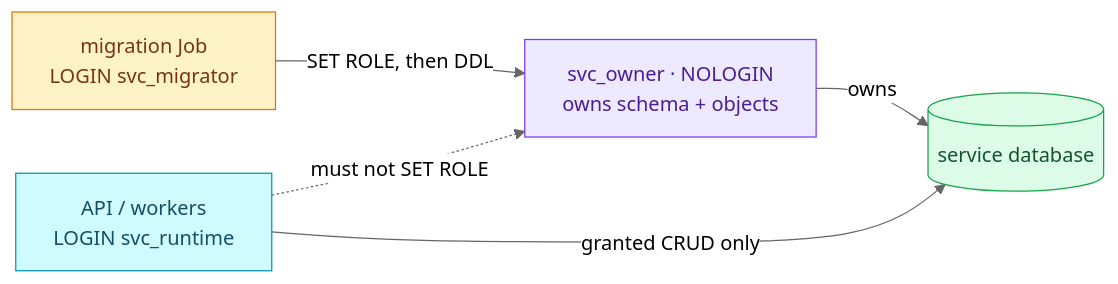
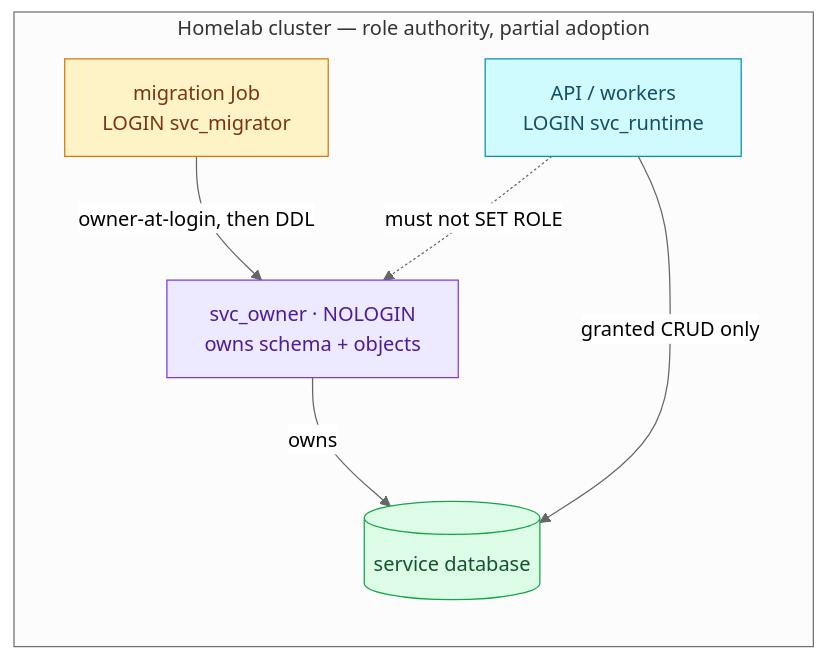
Before and after one commit to duynhlab/homelab: the diagram in docs/proposals/adr/ADR-084-split-service-database-roles/README.md, drawn with Mermaid (neutral theme). The commit also changed other lines of this file and 9 other files, not shown here.

````diff
--- a/docs/proposals/adr/ADR-084-split-service-database-roles/README.md
+++ b/docs/proposals/adr/ADR-084-split-service-database-roles/README.md
@@ -106,17 +116,19 @@
 ```mermaid
 flowchart LR
+    subgraph cluster["Homelab cluster — role authority, partial adoption"]
     job["migration Job<br/>LOGIN svc_migrator"]:::worker
     api["API / workers<br/>LOGIN svc_runtime"]:::service
     owner["svc_owner · NOLOGIN<br/>owns schema + objects"]:::platform
     db[("service database")]:::data
 
-    job -->|"SET ROLE, then DDL"| owner
+    job -->|"owner-at-login, then DDL"| owner
     owner -->|"owns"| db
     api -->|"granted CRUD only"| db
     api -. "must not SET ROLE" .-> owner
 
+    end
     classDef service fill:#cffafe,color:#164e63,stroke:#0891b2;
     classDef worker fill:#fef3c7,color:#78350f,stroke:#d97706;
     classDef platform fill:#ede9fe,color:#4c1d95,stroke:#7c3aed;
     classDef data fill:#dcfce7,color:#14532d,stroke:#16a34a;
 ```
````
